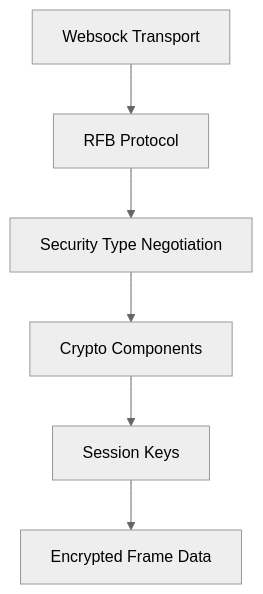
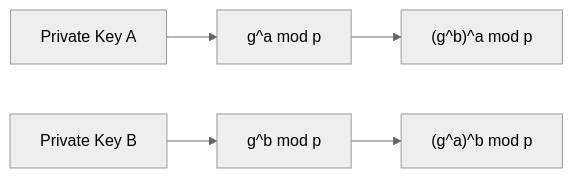
The fourth of 5 diagrams in docs/reference/architecture/crypto-components/crypto-components.md (Ylianst/MeshCentral), drawn with Mermaid (neutral theme) before and after one commit. The commit also changed other lines of this file and 642 other files, not shown here.

````diff
--- a/docs/reference/architecture/crypto-components/crypto-components.md
+++ b/docs/reference/architecture/crypto-components/crypto-components.md
@@ -297,8 +190,8 @@
 ```mermaid
-flowchart TD
-    Websock["Websock Transport"] --> RFB["RFB Protocol"]
-    RFB --> Security["Security Type Negotiation"]
-    Security --> Crypto["Crypto Components"]
-    Crypto --> SessionKey["Session Keys"]
-    SessionKey --> EncryptedData["Encrypted Frame Data"]
+flowchart LR
+    APriv["Private Key A"] --> ACalc["g^a mod p"]
+    BPriv["Private Key B"] --> BCalc["g^b mod p"]
+
+    ACalc --> SharedA["(g^b)^a mod p"]
+    BCalc --> SharedB["(g^a)^b mod p"]
 ```
````
